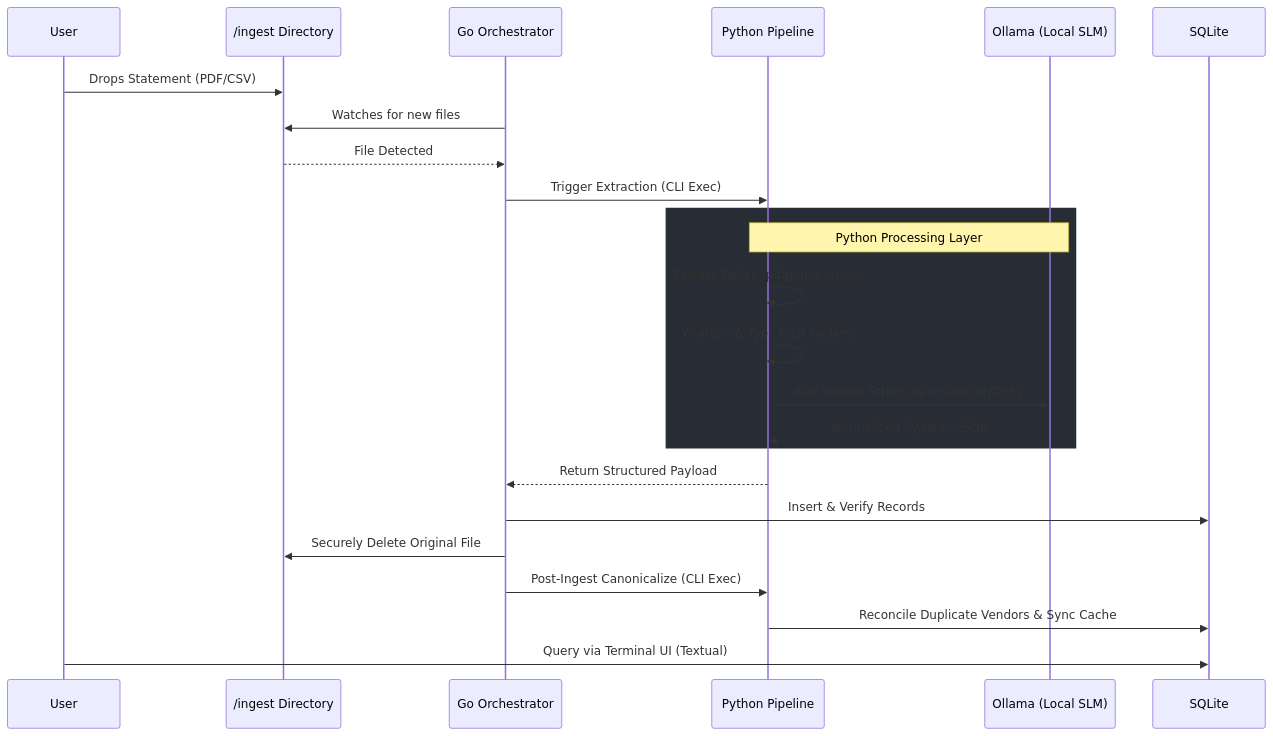
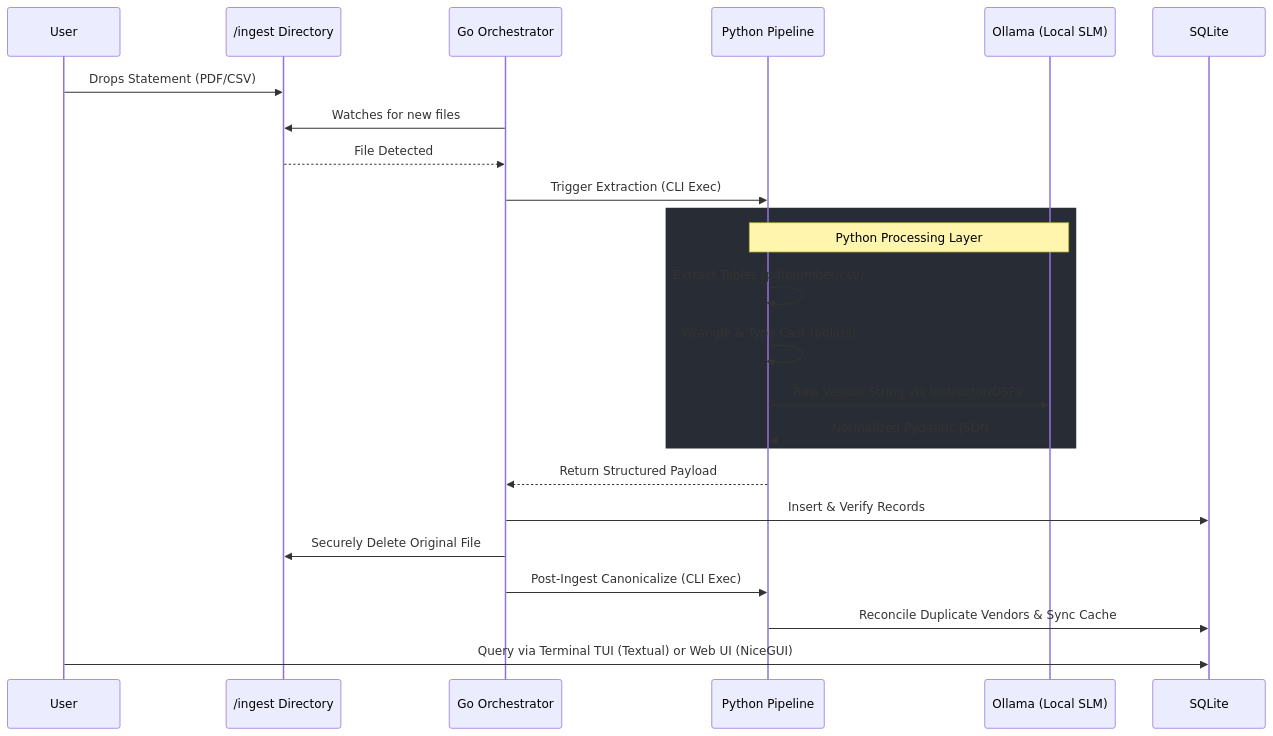
One commit to codeja3/SpendSight changed the diagram in README.md. Above: the diagram before and after it, drawn with Mermaid. The commit also changed other lines of this file and 10 other files, not shown here.

Commit message:
feat: add NiceGUI dual frontend rendering, CLI router, and tests

````diff
--- a/README.md
+++ b/README.md
@@ -15,30 +15,30 @@
 ```mermaid
 sequenceDiagram
     participant U as User
     participant Dir as /ingest Directory
     participant Go as Go Orchestrator
     participant Py as Python Pipeline
     participant LLM as Ollama (Local SLM)
     participant DB as SQLite
 
     U->>Dir: Drops Statement (PDF/CSV)
     Go->>Dir: Watches for new files
     Dir-->>Go: File Detected
     Go->>Py: Trigger Extraction (CLI Exec)
     
     rect rgb(40, 44, 52)
         Note over Py,LLM: Python Processing Layer
         Py->>Py: Extract Tables (pdfplumber/csv)
         Py->>Py: Wrangle & Type Cast (polars)
         Py->>LLM: Raw Vendor String via Instructor/DSPy
         LLM-->>Py: Normalized Pydantic JSON
     end
     
     Py-->>Go: Return Structured Payload
     Go->>DB: Insert & Verify Records
     Go->>Dir: Securely Delete Original File
     Go->>Py: Post-Ingest Canonicalize (CLI Exec)
     Py->>DB: Reconcile Duplicate Vendors & Sync Cache
     
-    U->>DB: Query via Terminal UI (Textual)
+    U->>DB: Query via Terminal TUI (Textual) or Web UI (NiceGUI)
 ```
````
